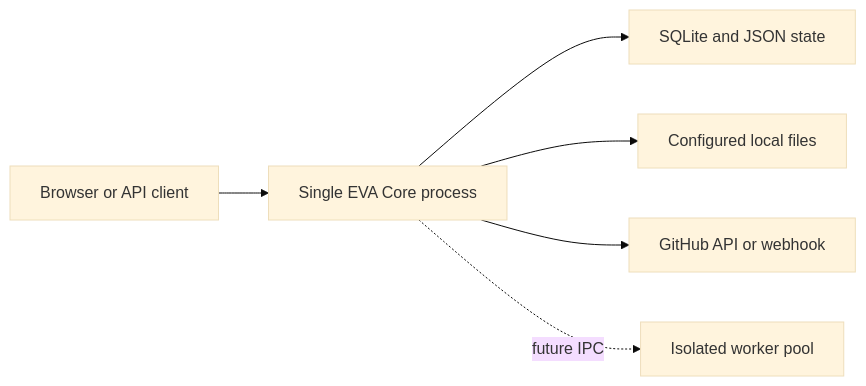
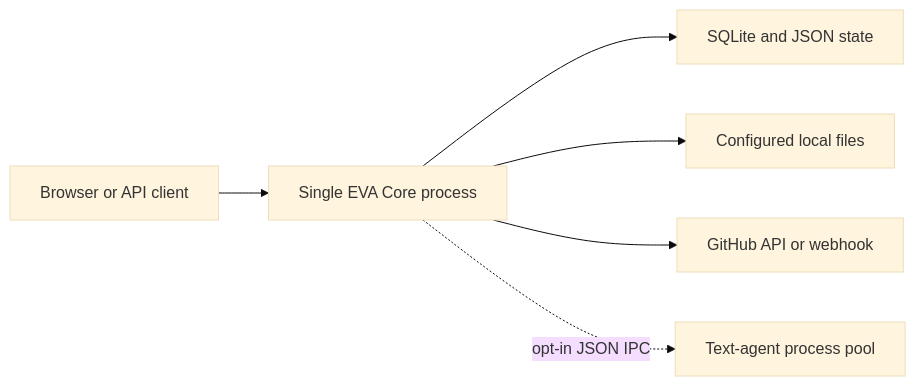
The second of 2 diagrams in docs/architecture.md (natureless/EVA-ai), drawn with Mermaid (base theme) before and after one commit. The commit also changed other lines of this file and 807 other files, not shown here.

````diff
--- a/docs/architecture.md
+++ b/docs/architecture.md
@@ -169,8 +338,8 @@
 ```mermaid
 flowchart LR
     C["Browser or API client"] --> E["Single EVA Core process"]
     E --> D["SQLite and JSON state"]
     E --> F["Configured local files"]
     E --> X["GitHub API or webhook"]
-    E -. "future IPC" .-> W["Isolated worker pool"]
+    E -. "opt-in JSON IPC" .-> W["Text-agent process pool"]
 ```
````
